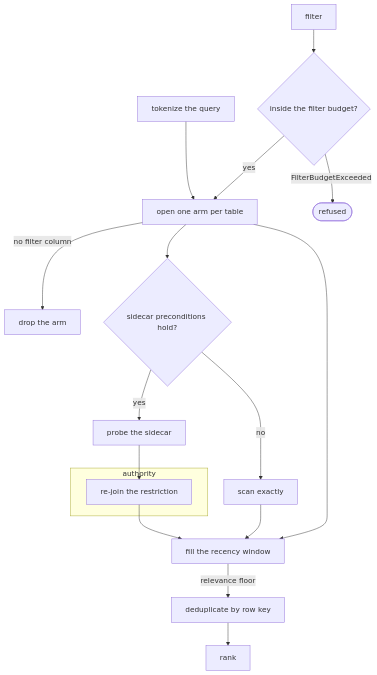
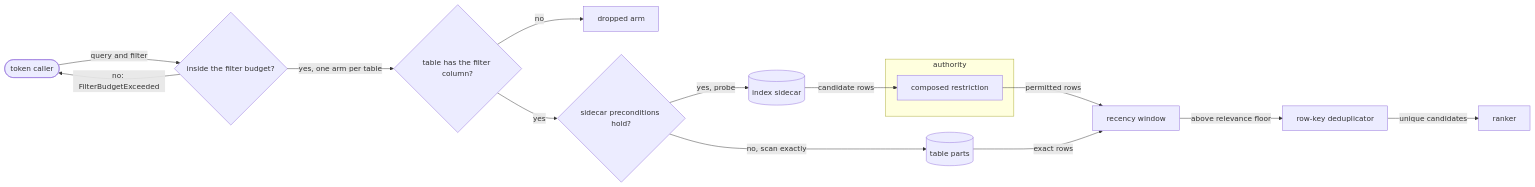
One commit to fractalboxdev/contextful changed the third of 5 diagrams in spec/20-read.md. Above: the diagram before and after it, drawn with Mermaid. The commit also changed other lines of this file and 31 other files, not shown here.

First line of the commit message:
spec: every diagram draws things as nodes and what flows as labelled edges

````diff
--- a/spec/20-read.md
+++ b/spec/20-read.md
@@ -213,20 +205,18 @@
 ```mermaid
-flowchart TD
-  Q["tokenize the query"] --> ARMS["open one arm per table"]
-  F["filter"] --> BUD{"inside the filter budget?"}
-  BUD -- "FilterBudgetExceeded" --> NO(["refused"])
-  BUD -- "yes" --> ARMS
-  ARMS -- "no filter column" --> DROP["drop the arm"]
-  ARMS --> SC{"sidecar preconditions hold?"}
-  SC -- "yes" --> PROBE["probe the sidecar"]
-  SC -- "no" --> EXACT["scan exactly"]
+flowchart LR
+  CALLER(["token caller"]) -->|"query and filter"| BUD{"inside the filter budget?"}
+  BUD -->|"no: FilterBudgetExceeded"| CALLER
+  BUD -->|"yes, one arm per table"| COL{"table has the filter column?"}
+  COL -->|"no"| DROPPED["dropped arm"]
+  COL -->|"yes"| SC{"sidecar preconditions hold?"}
+  SC -->|"yes, probe"| SIDE[("index sidecar")]
+  SC -->|"no, scan exactly"| TBL[("table parts")]
   subgraph AUTHC["authority"]
-    REJ["re-join the restriction"]
+    REJ["composed restriction"]
   end
-  PROBE --> REJ
-  REJ --> WIN["fill the recency window"]
-  EXACT --> WIN
-  ARMS --> WIN
-  WIN -- "relevance floor" --> DEDUP["deduplicate by row key"]
-  DEDUP --> RANK["rank"]
+  SIDE -->|"candidate rows"| REJ
+  REJ -->|"permitted rows"| WIN["recency window"]
+  TBL -->|"exact rows"| WIN
+  WIN -->|"above relevance floor"| DEDUP["row-key deduplicator"]
+  DEDUP -->|"unique candidates"| RANK["ranker"]
 ```
````
